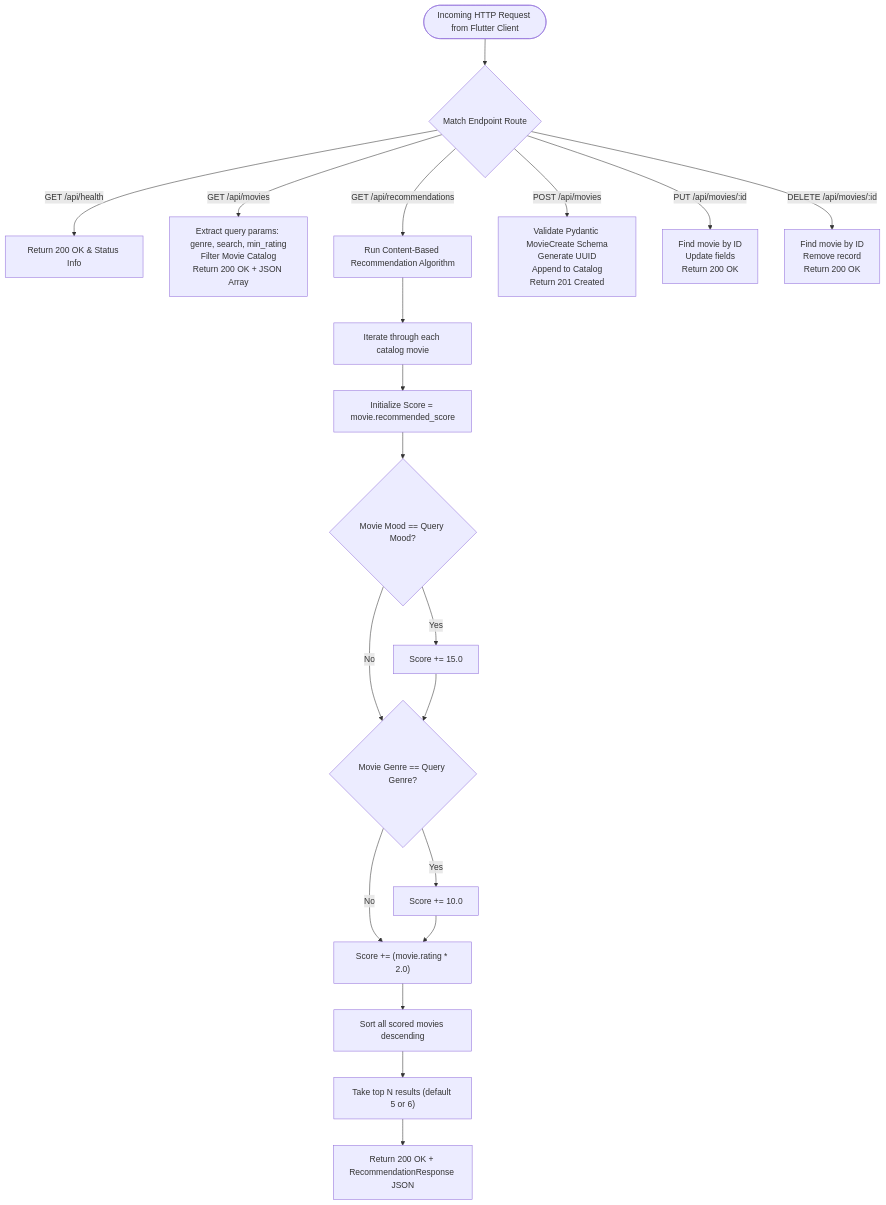
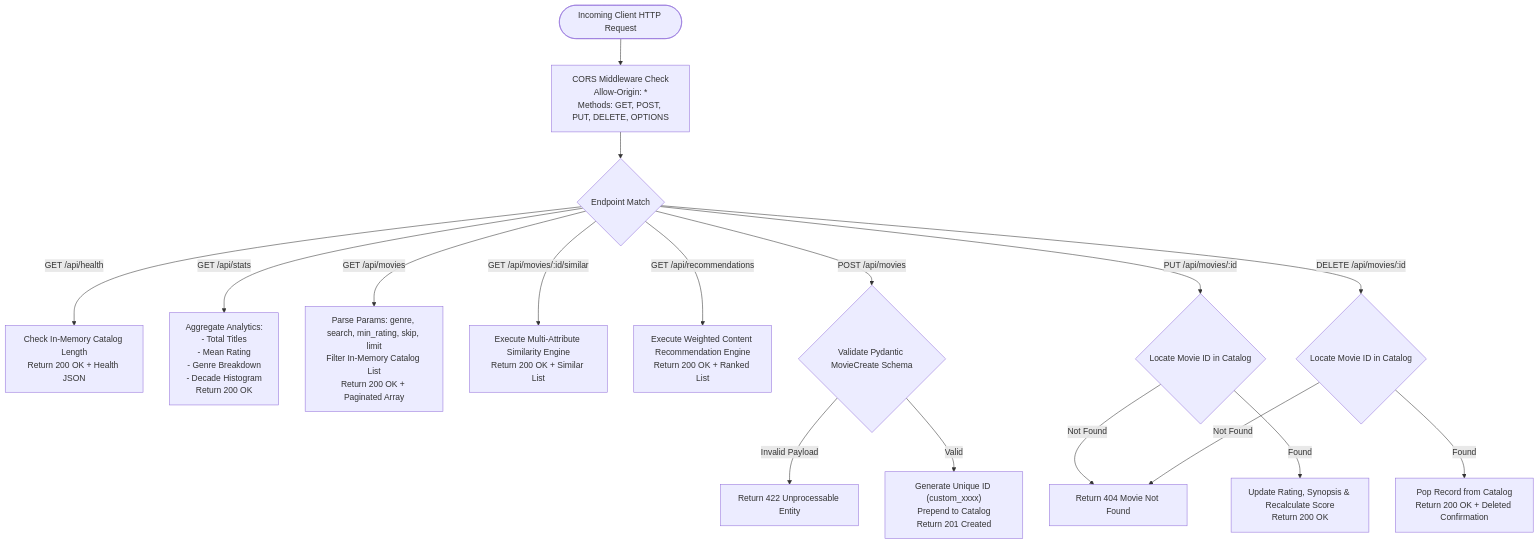
Before and after one commit to ivengexnce/cinematch: the sixth of 7 diagrams in flowchart.md, drawn with Mermaid. The commit also changed other lines of this file and 25 other files, not shown here.

````diff
--- a/flowchart.md
+++ b/flowchart.md
@@ -80,26 +207,36 @@
 ```mermaid
 flowchart TD
-    ClientReq([Incoming HTTP Request from Flutter Client]) --> Router{"Match Endpoint Route"}
-
-    %% Route Matches
-    Router -->|GET /api/health| HealthCheck["Return 200 OK & Status Info"]
-    Router -->|GET /api/movies| QueryMovies["Extract query params: genre, search, min_rating<br/>Filter Movie Catalog<br/>Return 200 OK + JSON Array"]
-    Router -->|GET /api/recommendations| RecEngine["Run Content-Based Recommendation Algorithm"]
-    Router -->|POST /api/movies| CreateMovie["Validate Pydantic MovieCreate Schema<br/>Generate UUID<br/>Append to Catalog<br/>Return 201 Created"]
-    Router -->|PUT /api/movies/:id| UpdateMovie["Find movie by ID<br/>Update fields<br/>Return 200 OK"]
-    Router -->|DELETE /api/movies/:id| DeleteMovie["Find movie by ID<br/>Remove record<br/>Return 200 OK"]
-
-    %% Recommendation Engine Details
-    RecEngine --> ForEachMovie["Iterate through each catalog movie"]
-    ForEachMovie --> BaseScore["Initialize Score = movie.recommended_score"]
-    BaseScore --> MoodCheck{"Movie Mood == Query Mood?"}
-    MoodCheck -->|Yes| MoodBonus["Score += 15.0"]
-    MoodCheck -->|No| GenreCheck
-    MoodBonus --> GenreCheck{"Movie Genre == Query Genre?"}
-    GenreCheck -->|Yes| GenreBonus["Score += 10.0"]
-    GenreCheck -->|No| RatingFactor
-    GenreBonus --> RatingFactor["Score += (movie.rating * 2.0)"]
-    RatingFactor --> SortList["Sort all scored movies descending"]
-    SortList --> SliceLimit["Take top N results (default 5 or 6)"]
-    SliceLimit --> ReturnRecs["Return 200 OK + RecommendationResponse JSON"]
+    Incoming([Incoming Client HTTP Request]) --> CORSMiddleware["CORS Middleware Check<br/>Allow-Origin: *<br/>Methods: GET, POST, PUT, DELETE, OPTIONS"]
+    
+    CORSMiddleware --> RouteMatch{"Endpoint Match"}
+    
+    %% Route 1: Health
+    RouteMatch -->|GET /api/health| HealthHandler["Check In-Memory Catalog Length<br/>Return 200 OK + Health JSON"]
+    
+    %% Route 2: Stats
+    RouteMatch -->|GET /api/stats| StatsHandler["Aggregate Analytics:<br/>- Total Titles<br/>- Mean Rating<br/>- Genre Breakdown<br/>- Decade Histogram<br/>Return 200 OK"]
+    
+    %% Route 3: Movies Catalog
+    RouteMatch -->|GET /api/movies| QueryCatalog["Parse Params: genre, search, min_rating, skip, limit<br/>Filter In-Memory Catalog List<br/>Return 200 OK + Paginated Array"]
+    
+    %% Route 4: Similar
+    RouteMatch -->|GET /api/movies/:id/similar| SimilarHandler["Execute Multi-Attribute Similarity Engine<br/>Return 200 OK + Similar List"]
+    
+    %% Route 5: Recommendations
+    RouteMatch -->|GET /api/recommendations| RecHandler["Execute Weighted Content Recommendation Engine<br/>Return 200 OK + Ranked List"]
+    
+    %% Route 6: Create (POST)
+    RouteMatch -->|POST /api/movies| ValidateCreate{"Validate Pydantic MovieCreate Schema"}
+    ValidateCreate -->|Invalid Payload| Err422["Return 422 Unprocessable Entity"]
+    ValidateCreate -->|Valid| GenUUID["Generate Unique ID (custom_xxxx)<br/>Prepend to Catalog<br/>Return 201 Created"]
+    
+    %% Route 7: Update (PUT)
+    RouteMatch -->|PUT /api/movies/:id| ValidateUpdate{"Locate Movie ID in Catalog"}
+    ValidateUpdate -->|Not Found| Err404["Return 404 Movie Not Found"]
+    ValidateUpdate -->|Found| MutateRecord["Update Rating, Synopsis & Recalculate Score<br/>Return 200 OK"]
+    
+    %% Route 8: Delete (DELETE)
+    RouteMatch -->|DELETE /api/movies/:id| ValidateDelete{"Locate Movie ID in Catalog"}
+    ValidateDelete -->|Not Found| Err404
+    ValidateDelete -->|Found| RemoveRecord["Pop Record from Catalog<br/>Return 200 OK + Deleted Confirmation"]
 ```
````
